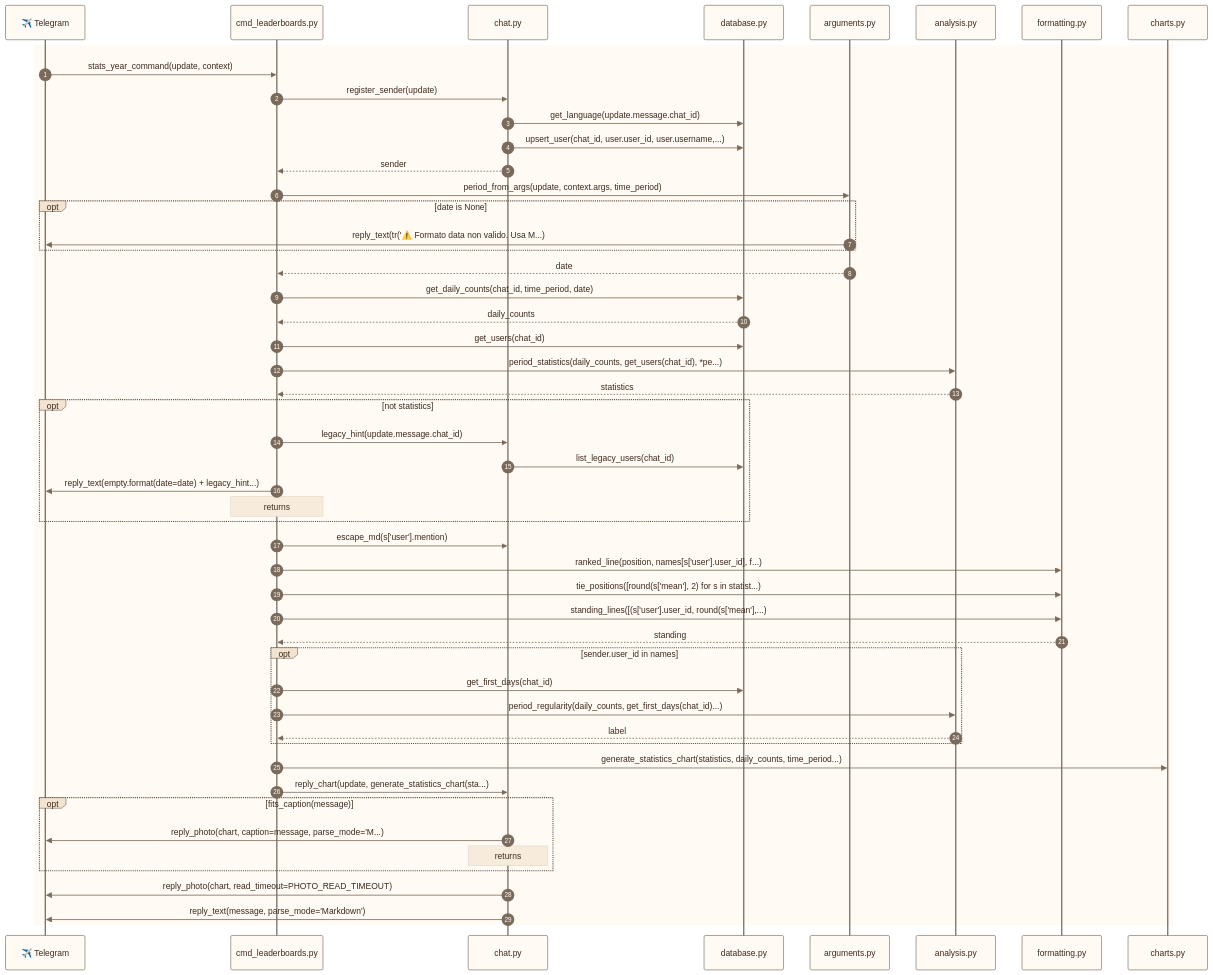
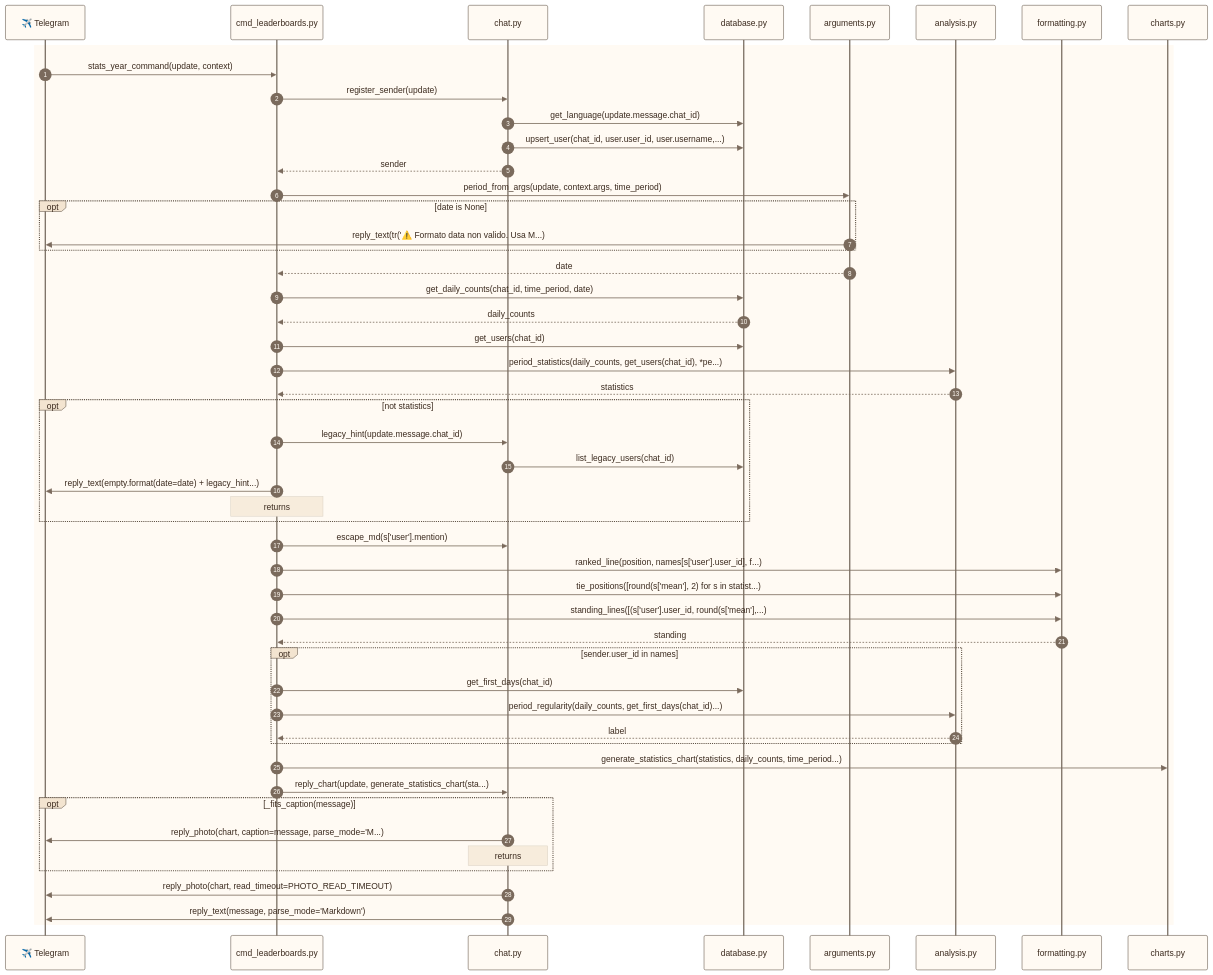
Before and after one commit to francescoperrino/Caccometro: the tenth of 42 diagrams in docs/use_cases.md, drawn with Mermaid. The commit also changed other lines of this file and 36 other files, not shown here.

```diff
--- a/docs/use_cases.md
+++ b/docs/use_cases.md
@@ -881,7 +843,7 @@
         end
         cmd_leaderboards->>charts: generate_statistics_chart(statistics, daily_counts, time_period...)
         cmd_leaderboards->>chat: reply_chart(update, generate_statistics_chart(sta...)
-        opt fits_caption(message)
+        opt _fits_caption(message)
             chat->>telegram: reply_photo(chart, caption=message, parse_mode='M...)
             Note over chat: returns
         end
```
